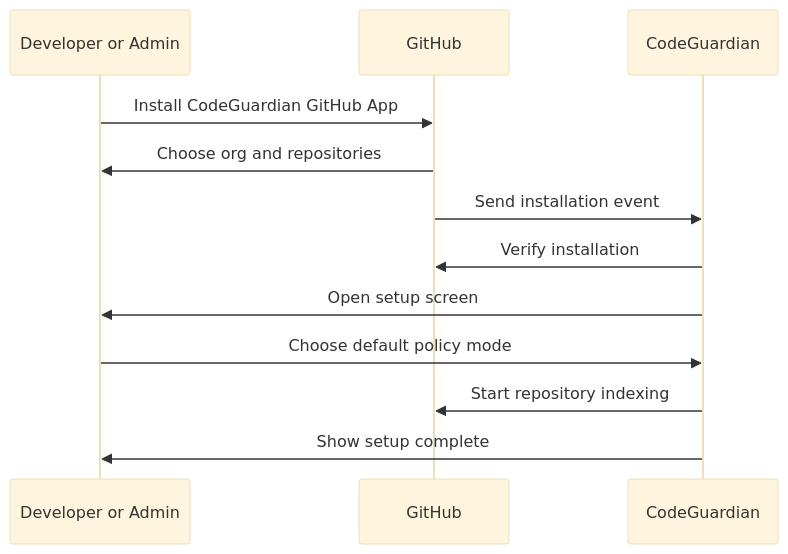
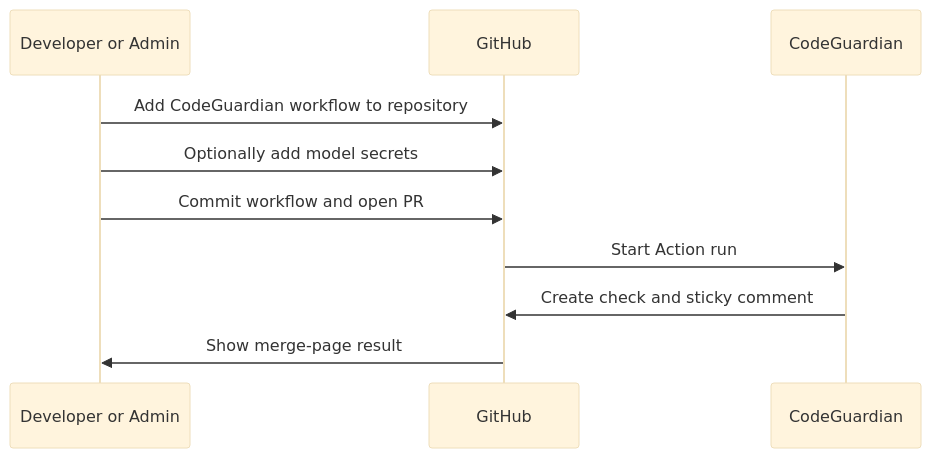
One commit to ayushkumar320/CodeGuardian changed the second of 8 diagrams in doc/GitHub-PR-User-Flowmap.md. Above: the diagram before and after it, drawn with Mermaid (base theme). The commit also changed other lines of this file and 4 other files, not shown here.

Commit message:
Align docs to GitHub Action product story

````diff
--- a/doc/GitHub-PR-User-Flowmap.md
+++ b/doc/GitHub-PR-User-Flowmap.md
@@ -48,15 +51,13 @@
 ```mermaid
 sequenceDiagram
   participant User as Developer or Admin
   participant GH as GitHub
   participant CG as CodeGuardian
 
-  User->>GH: Install CodeGuardian GitHub App
-  GH->>User: Choose org and repositories
-  GH->>CG: Send installation event
-  CG->>GH: Verify installation
-  CG->>User: Open setup screen
-  User->>CG: Choose default policy mode
-  CG->>GH: Start repository indexing
-  CG->>User: Show setup complete
+  User->>GH: Add CodeGuardian workflow to repository
+  User->>GH: Optionally add model secrets
+  User->>GH: Commit workflow and open PR
+  GH->>CG: Start Action run
+  CG->>GH: Create check and sticky comment
+  GH->>User: Show merge-page result
 ```
````
